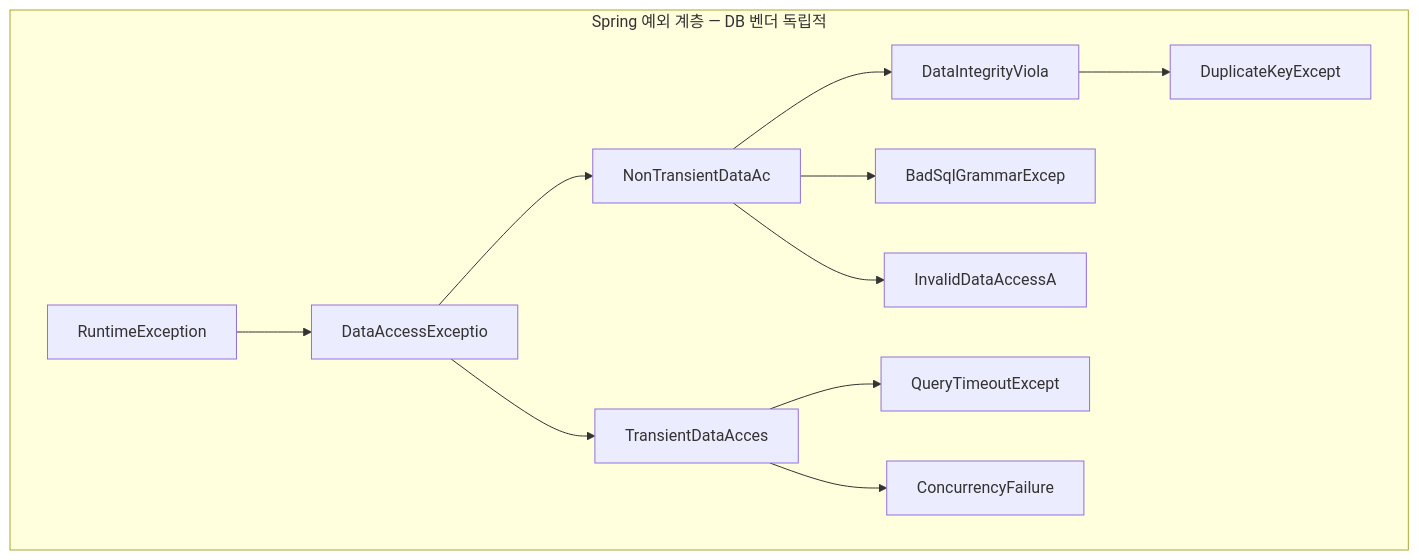
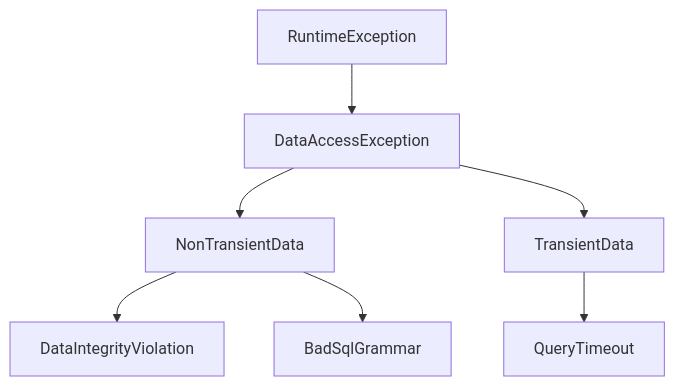
Before and after one commit to yjkim2015/yjkim2015.github.io: the ninth of 11 diagrams in _posts/spring/2026-05-02-spring-db-1.md, drawn with Mermaid. The commit also changed other lines of this file and 155 other files, not shown here.

First line of the commit message:
Mermaid 전면 수정: subgraph 제거, participant/노드/줄수 축소 (342블록)

````diff
--- a/_posts/spring/2026-05-02-spring-db-1.md
+++ b/_posts/spring/2026-05-02-spring-db-1.md
@@ -523,14 +508,9 @@
 ```mermaid
 graph TD
-    subgraph "Spring 예외 계층 — DB 벤더 독립적"
-        A["RuntimeException"] --> B["DataAccessExceptio"]
-        B --> C["NonTransientDataAc"]
-        B --> D["TransientDataAcces"]
-        C --> E["DataIntegrityViola"]
-        C --> F["BadSqlGrammarExcep"]
-        C --> G["InvalidDataAccessA"]
-        D --> H["QueryTimeoutExcept"]
-        D --> I["ConcurrencyFailure"]
-        E --> J["DuplicateKeyExcept"]
-    end
+    A["RuntimeException"] --> B["DataAccessException"]
+    B --> C["NonTransientData"]
+    B --> D["TransientData"]
+    C --> E["DataIntegrityViolation"]
+    C --> F["BadSqlGrammar"]
+    D --> H["QueryTimeout"]
 ```
````
